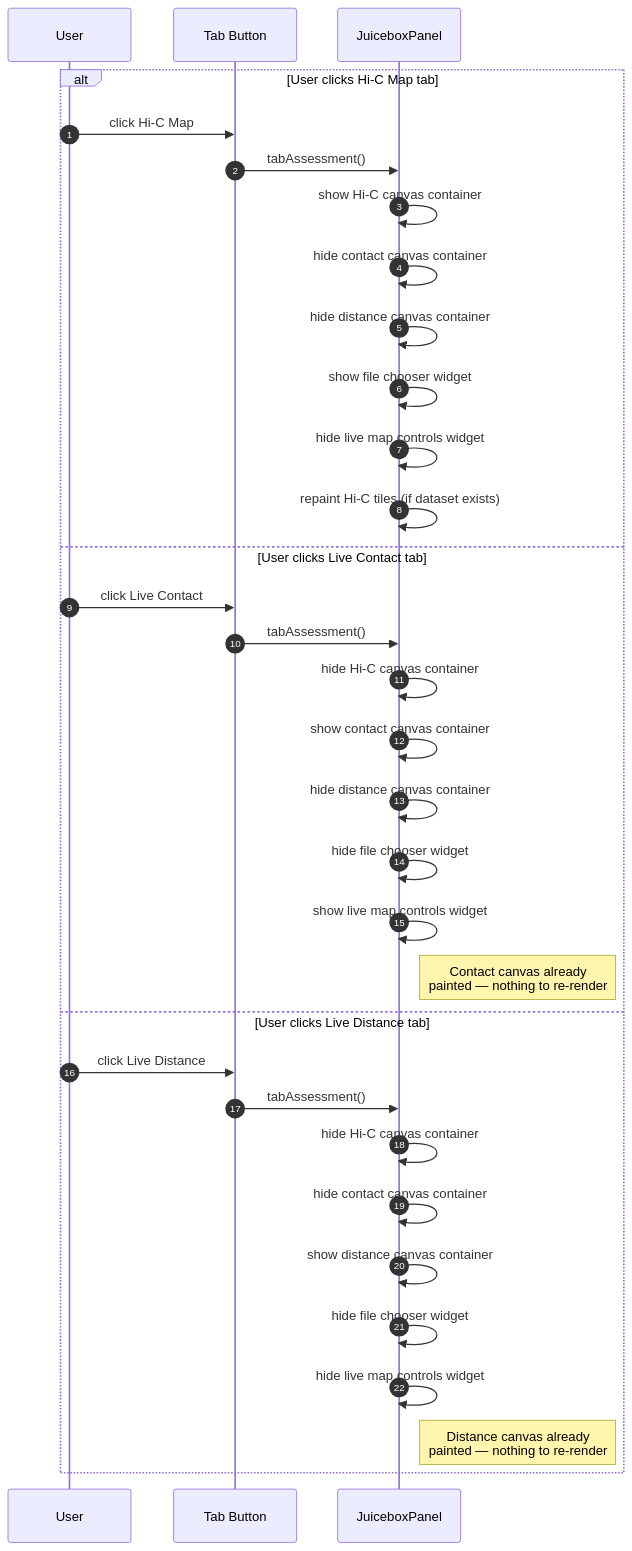
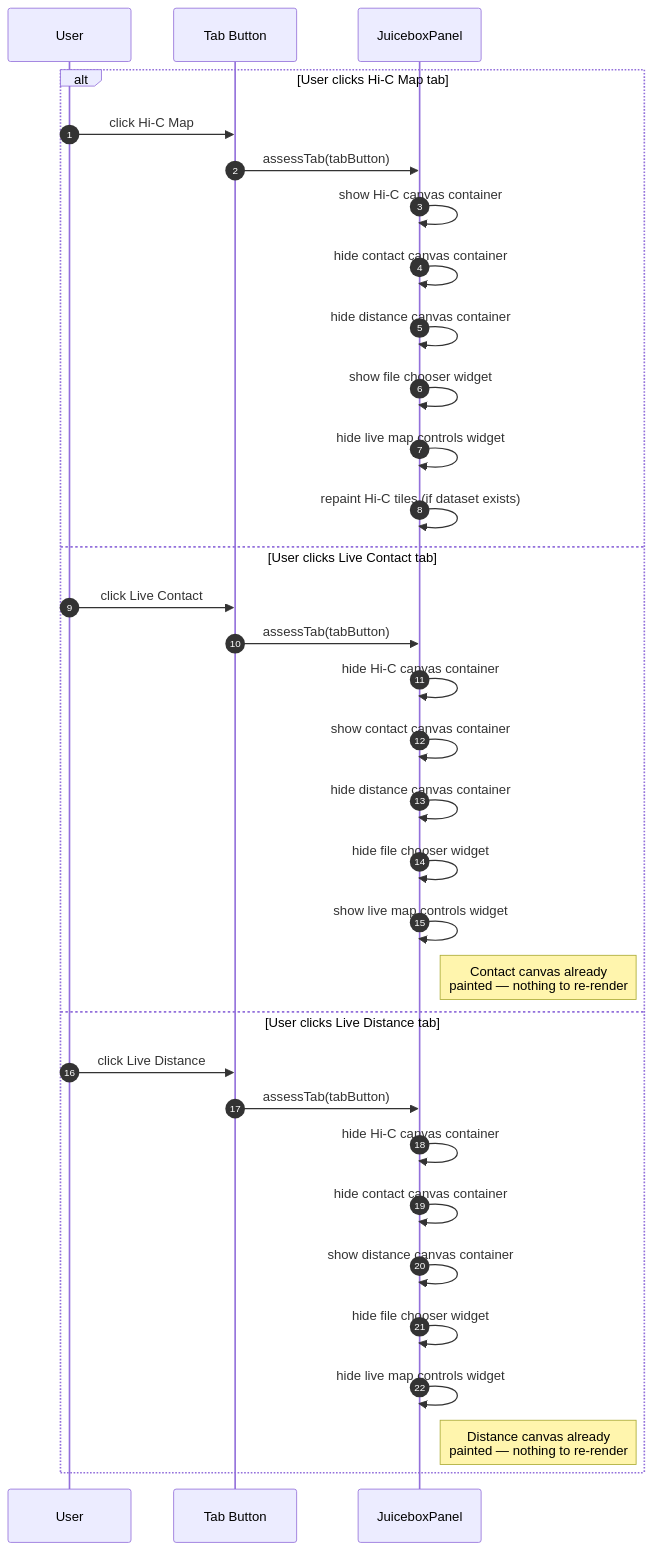
Before and after one commit to aidenlab/spacewalk: the fifth of 7 diagrams in development-notes/interaction-diagram-spacewalk-juicebox.md, drawn with Mermaid. The commit also changed other lines of this file and 6 other files, not shown here.

First line of the commit message:
docs: post Phase 3 architecture diagram pass

````diff
--- a/development-notes/interaction-diagram-spacewalk-juicebox.md
+++ b/development-notes/interaction-diagram-spacewalk-juicebox.md
@@ -195,39 +208,39 @@
 ```mermaid
 %%{init: {'themeVariables': {'fontSize': '16px'}}}%%
 sequenceDiagram
     autonumber
     participant User
     participant Tab as Tab Button
     participant JP as JuiceboxPanel
 
     alt User clicks Hi-C Map tab
         User->>Tab: click Hi-C Map
-        Tab->>JP: tabAssessment()
+        Tab->>JP: assessTab(tabButton)
         JP->>JP: show Hi-C canvas container
         JP->>JP: hide contact canvas container
         JP->>JP: hide distance canvas container
         JP->>JP: show file chooser widget
         JP->>JP: hide live map controls widget
         JP->>JP: repaint Hi-C tiles (if dataset exists)
 
     else User clicks Live Contact tab
         User->>Tab: click Live Contact
-        Tab->>JP: tabAssessment()
+        Tab->>JP: assessTab(tabButton)
         JP->>JP: hide Hi-C canvas container
         JP->>JP: show contact canvas container
         JP->>JP: hide distance canvas container
         JP->>JP: hide file chooser widget
         JP->>JP: show live map controls widget
         Note right of JP: Contact canvas already<br/>painted — nothing to re-render
 
     else User clicks Live Distance tab
         User->>Tab: click Live Distance
-        Tab->>JP: tabAssessment()
+        Tab->>JP: assessTab(tabButton)
         JP->>JP: hide Hi-C canvas container
         JP->>JP: hide contact canvas container
         JP->>JP: show distance canvas container
         JP->>JP: hide file chooser widget
         JP->>JP: hide live map controls widget
         Note right of JP: Distance canvas already<br/>painted — nothing to re-render
     end
 ```
````
